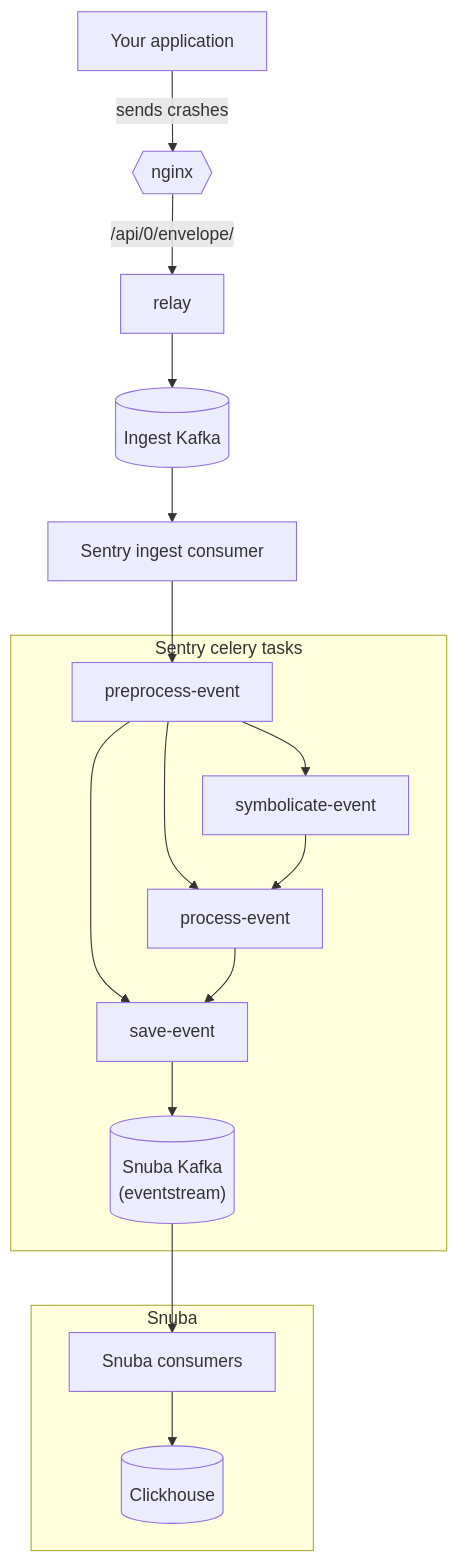
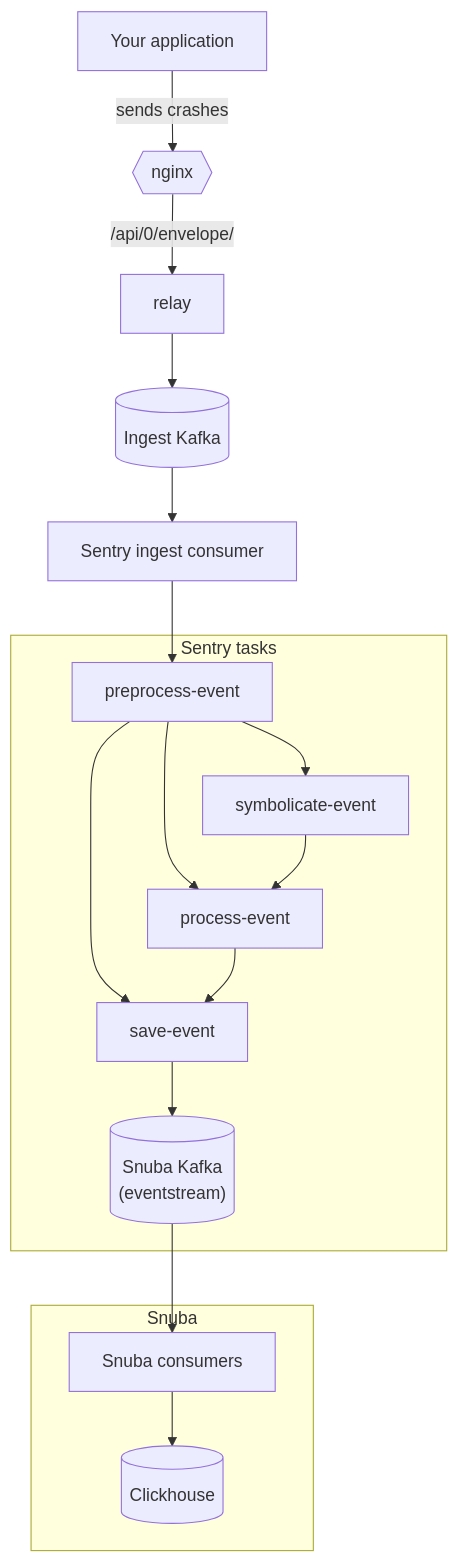
The second of 3 diagrams in develop-docs/application-architecture/overview.mdx (getsentry/sentry-docs), drawn with Mermaid before and after one commit. The commit also changed other lines of this file and 1 other file, not shown here.

First line of the commit message:
chore: Update architecture diagrams and wording

````diff
--- a/develop-docs/application-architecture/overview.mdx
+++ b/develop-docs/application-architecture/overview.mdx
@@ -49,22 +54,22 @@
 ```mermaid
 graph TD
   app[Your application] --> |sends crashes| lb{{nginx}}
   lb --> |/api/0/envelope/| relay
   relay --> kafka[(Ingest Kafka)]
   kafka --> ingest-consumer["Sentry ingest consumer"]
   ingest-consumer --> preprocess-event
 
-  subgraph celery["Sentry celery tasks"]
+  subgraph tasks["Sentry tasks"]
     preprocess-event --> save-event
     preprocess-event --> process-event
     preprocess-event --> symbolicate-event
     symbolicate-event --> process-event
     process-event --> save-event
     save-event --> snuba-kafka[("Snuba Kafka<br>(eventstream)")]
   end
 
   subgraph snuba["Snuba"]
     snuba-kafka --> snuba-consumer["Snuba consumers"]
     snuba-consumer --> clickhouse[("Clickhouse")]
   end
 ```
````
